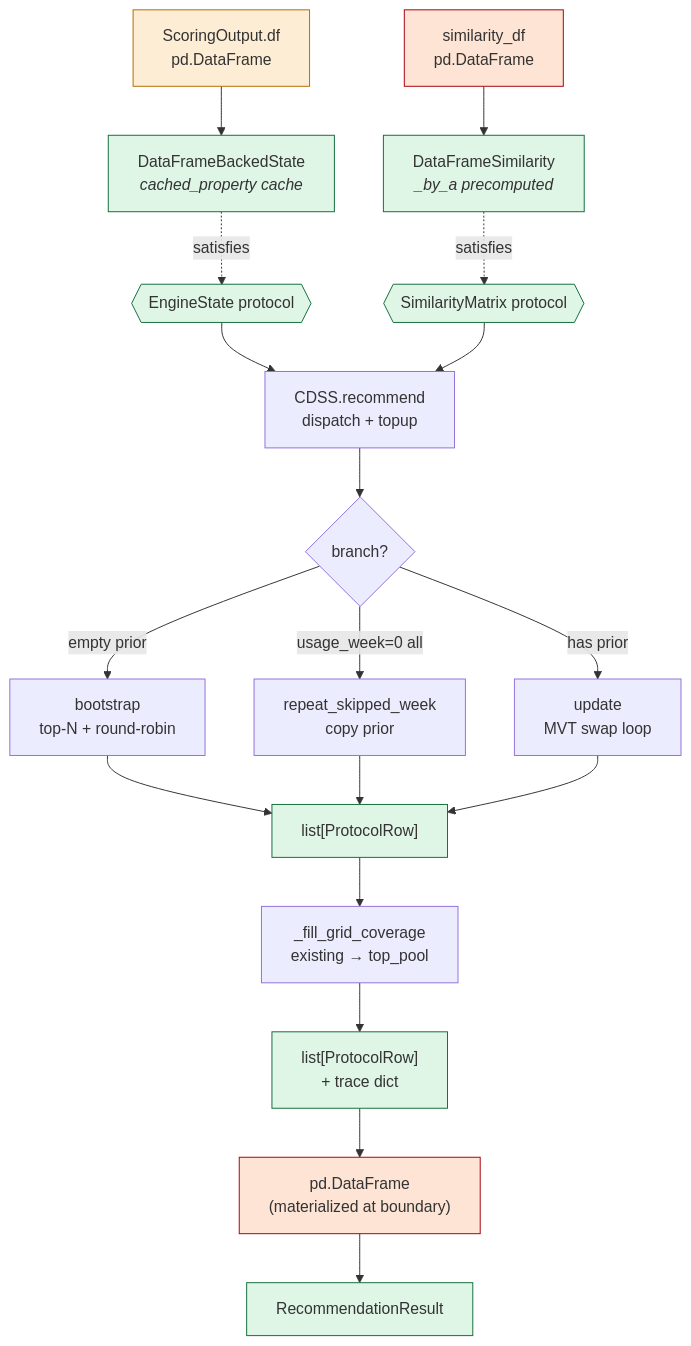
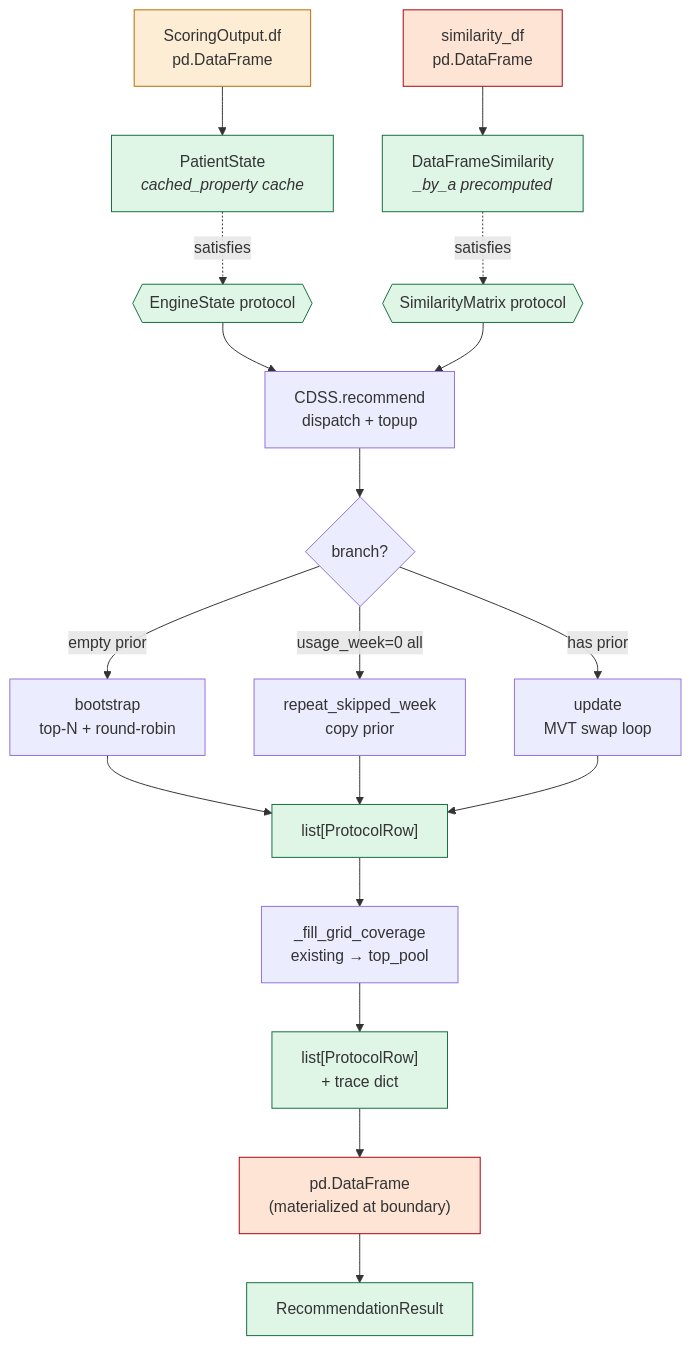
Before and after one commit to dabadav/ai-cdss: the third of 5 diagrams in docs/dataflow.md, drawn with Mermaid. The commit also changed other lines of this file and 23 other files, not shown here.

````diff
--- a/docs/dataflow.md
+++ b/docs/dataflow.md
@@ -121,45 +103,45 @@
 ```mermaid
 flowchart TD
     SO["ScoringOutput.df<br/>pd.DataFrame"]
     SIM["similarity_df<br/>pd.DataFrame"]
-    DFBS["DataFrameBackedState<br/><i>cached_property cache</i>"]
+    DFBS["PatientState<br/><i>cached_property cache</i>"]
     DFSIM["DataFrameSimilarity<br/><i>_by_a precomputed</i>"]
     ES{{"EngineState protocol"}}
     SM{{"SimilarityMatrix protocol"}}
     CDSS["CDSS.recommend<br/>dispatch + topup"]
     BRANCH{branch?}
     BOOT["bootstrap<br/>top-N + round-robin"]
     REP["repeat_skipped_week<br/>copy prior"]
     UPD["update<br/>MVT swap loop"]
     ROWS["list[ProtocolRow]"]
     TOPUP["_fill_grid_coverage<br/>existing → top_pool"]
     FINAL["list[ProtocolRow]<br/>+ trace dict"]
     DF["pd.DataFrame<br/>(materialized at boundary)"]
     RR["RecommendationResult"]
 
     SO --> DFBS
     SIM --> DFSIM
     DFBS -.satisfies.-> ES
     DFSIM -.satisfies.-> SM
     ES --> CDSS
     SM --> CDSS
     CDSS --> BRANCH
     BRANCH -- empty prior --> BOOT
     BRANCH -- usage_week=0 all --> REP
     BRANCH -- has prior --> UPD
     BOOT --> ROWS
     REP --> ROWS
     UPD --> ROWS
     ROWS --> TOPUP --> FINAL --> DF --> RR
 
     style ES fill:#dff5e6,stroke:#136f3e
     style SM fill:#dff5e6,stroke:#136f3e
     style DFBS fill:#dff5e6,stroke:#136f3e
     style DFSIM fill:#dff5e6,stroke:#136f3e
     style RR fill:#dff5e6,stroke:#136f3e
     style ROWS fill:#dff5e6,stroke:#136f3e
     style FINAL fill:#dff5e6,stroke:#136f3e
     style SO fill:#fdedd4,stroke:#b46b00
     style SIM fill:#fde4d4,stroke:#a8000d
     style DF fill:#fde4d4,stroke:#a8000d
 ```
````
